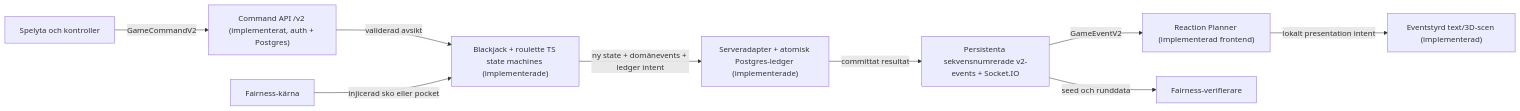
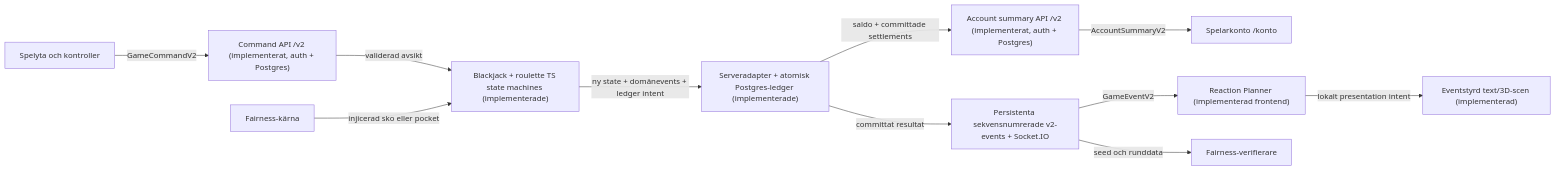
One commit to Jakeminator123/spelsajt changed the first of 3 diagrams in docs/SYSTEM_CANVAS.md. Above: the diagram before and after it, drawn with Mermaid. The commit also changed other lines of this file and 42 other files, not shown here.

Commit message:
Add account summary and event-driven 3D lab (#36)

````diff
--- a/docs/SYSTEM_CANVAS.md
+++ b/docs/SYSTEM_CANVAS.md
@@ -19,21 +19,25 @@
 ```mermaid
 flowchart LR
     UI["Spelyta och kontroller"]
     API["Command API /v2 (implementerat, auth + Postgres)"]
     CORE["Blackjack + roulette TS state machines (implementerade)"]
     FAIR["Fairness-kärna"]
     TX["Serveradapter + atomisk Postgres-ledger (implementerade)"]
     EVENTS["Persistenta sekvensnumrerade v2-events + Socket.IO"]
+    ACCOUNT_API["Account summary API /v2 (implementerat, auth + Postgres)"]
+    ACCOUNT_UI["Spelarkonto /konto"]
     PLAN["Reaction Planner (implementerad frontend)"]
     SCENE["Eventstyrd text/3D-scen (implementerad)"]
     VERIFY["Fairness-verifierare"]
 
     UI -->|"GameCommandV2"| API
     API -->|"validerad avsikt"| CORE
     FAIR -->|"injicerad sko eller pocket"| CORE
     CORE -->|"ny state + domänevents + ledger intent"| TX
+    TX -->|"saldo + committade settlements"| ACCOUNT_API
+    ACCOUNT_API -->|"AccountSummaryV2"| ACCOUNT_UI
     TX -->|"committat resultat"| EVENTS
     EVENTS -->|"GameEventV2"| PLAN
     PLAN -->|"lokalt presentation intent"| SCENE
     EVENTS -->|"seed och runddata"| VERIFY
 ```
````
